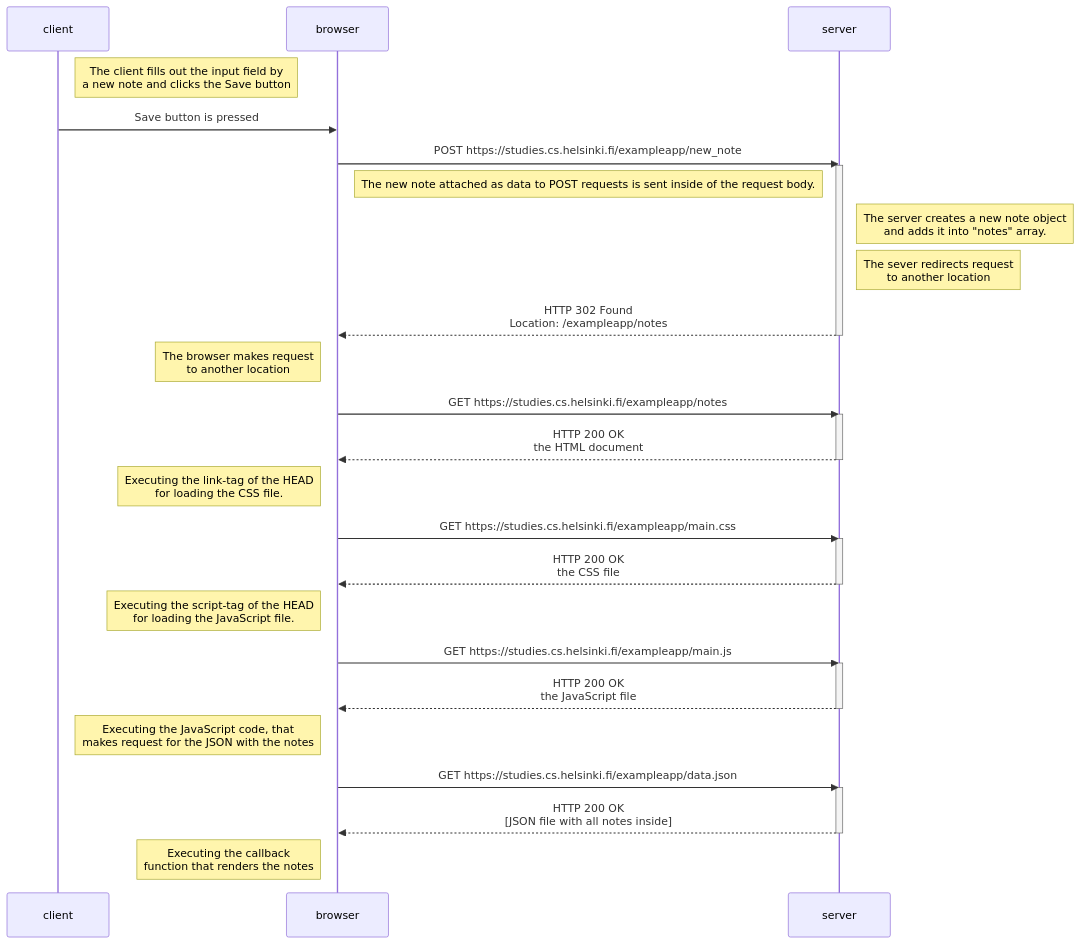
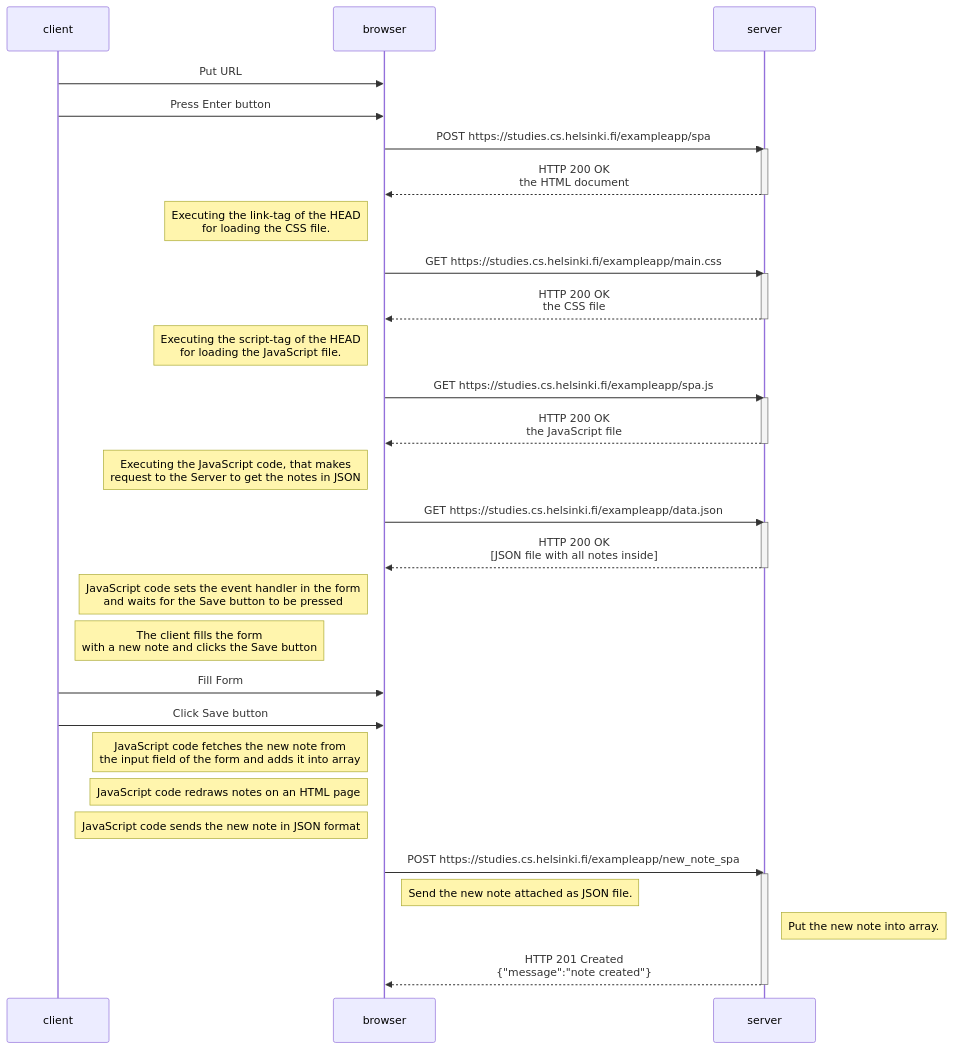
One commit to VadimZubchenko/fullstack-open-tehtavat changed the diagram in osa0/Single_Page_App/README.md. Above: the diagram before and after it, drawn with Mermaid.

Commit message:
workflow of SPA

````diff
--- a/osa0/Single_Page_App/README.md
+++ b/osa0/Single_Page_App/README.md
@@ -1,43 +1,47 @@
 ```mermaid
 sequenceDiagram
     participant client
     participant browser
     participant server
     
-    Note right of client: The client fills out the input field by<br/>a new note and clicks the Save button
-    client->>browser: Save button is pressed
-    browser->>server: POST https://studies.cs.helsinki.fi/exampleapp/new_note
-    activate server
-    Note right of browser: The new note attached as data to POST requests is sent inside of the request body.
-    Note right of server: The server creates a new note object<br/>and adds it into "notes" array.
-    Note right of server: The sever redirects request<br/>to another location                         
-    server-->>browser: HTTP 302 Found<br/>Location: /exampleapp/notes
-    deactivate server
-
-    Note left of browser: The browser makes request<br/>to another location
-    browser->>server: GET https://studies.cs.helsinki.fi/exampleapp/notes
+    client->>browser: Put URL 
+    client->>browser: Press Enter button
+    browser->>server: POST https://studies.cs.helsinki.fi/exampleapp/spa
     activate server
     server-->>browser: HTTP 200 OK<br/>the HTML document
     deactivate server
 
     Note left of browser: Executing the link-tag of the HEAD<br/>for loading the CSS file.
     browser->>server: GET https://studies.cs.helsinki.fi/exampleapp/main.css
     activate server
     server-->>browser: HTTP 200 OK<br/>the CSS file
     deactivate server
+
     Note left of browser: Executing the script-tag of the HEAD<br/>for loading the JavaScript file.
-
-    browser->>server: GET https://studies.cs.helsinki.fi/exampleapp/main.js
+    browser->>server: GET https://studies.cs.helsinki.fi/exampleapp/spa.js
     activate server
     server-->>browser: HTTP 200 OK<br/>the JavaScript file
     deactivate server
-    
-    Note left of browser: Executing the JavaScript code, that<br/>makes request for the JSON with the notes   
-    
+
+    Note left of browser: Executing the JavaScript code, that makes<br/>request to the Server to get the notes in JSON 
     browser->>server: GET https://studies.cs.helsinki.fi/exampleapp/data.json
     activate server
     server-->>browser: HTTP 200 OK<br/>[JSON file with all notes inside]
+    deactivate server
+
+    Note left of browser: JavaScript code sets the event handler in the form<br/>and waits for the Save button to be pressed 
+    Note right of client: The client fills the form<br/>with a new note and clicks the Save button 
+    
+    client->>browser: Fill Form
+    client->>browser: Click Save button
+    Note left of browser: JavaScript code fetches the new note from<br/>the input field of the form and adds it into array
+    Note left of browser: JavaScript code redraws notes on an HTML page 
+    Note left of browser: JavaScript code sends the new note in JSON format
+    browser->>server: POST https://studies.cs.helsinki.fi/exampleapp/new_note_spa
+    activate server
+    Note right of browser: Send the new note attached as JSON file.
+    Note right of server: Put the new note into array.
+    server-->>browser: HTTP 201 Created<br/>{"message":"note created"}
     deactivate server    
 
-    Note left of browser: Executing the callback<br/>function that renders the notes
 ```
````
